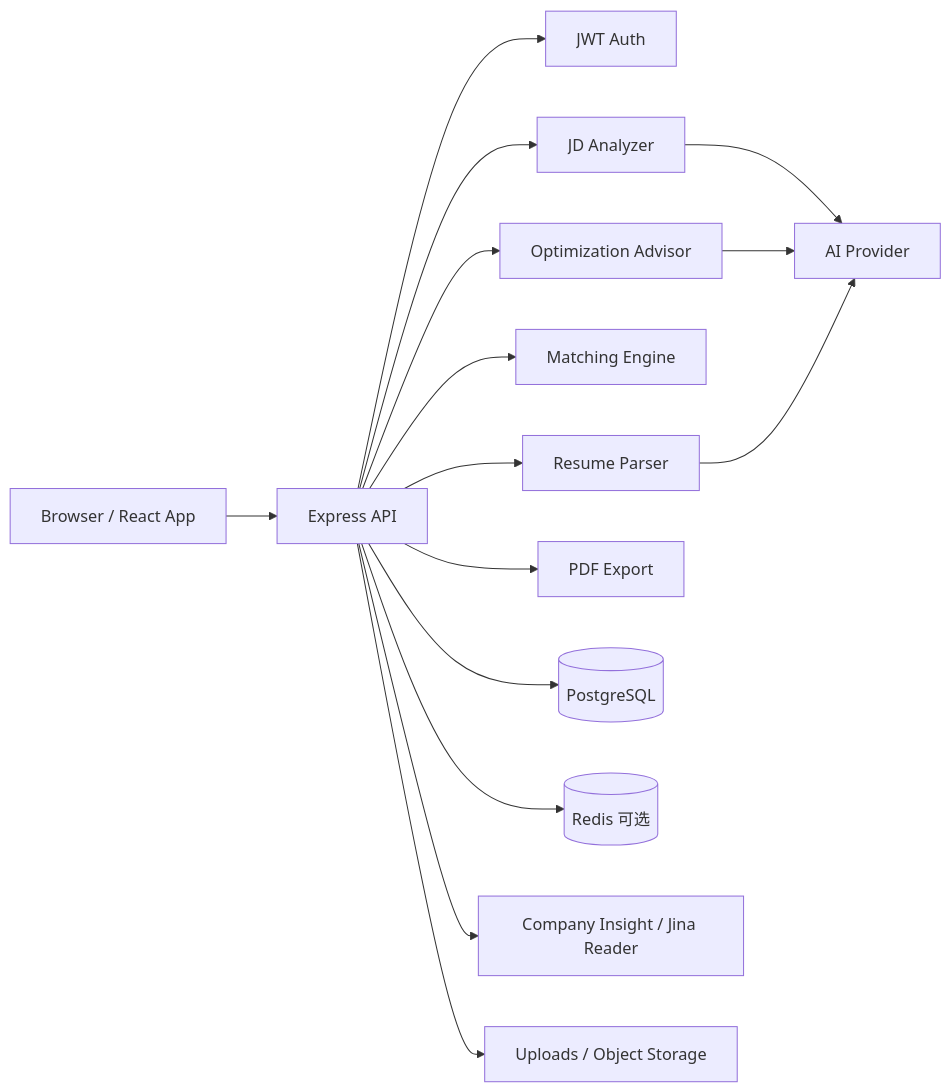
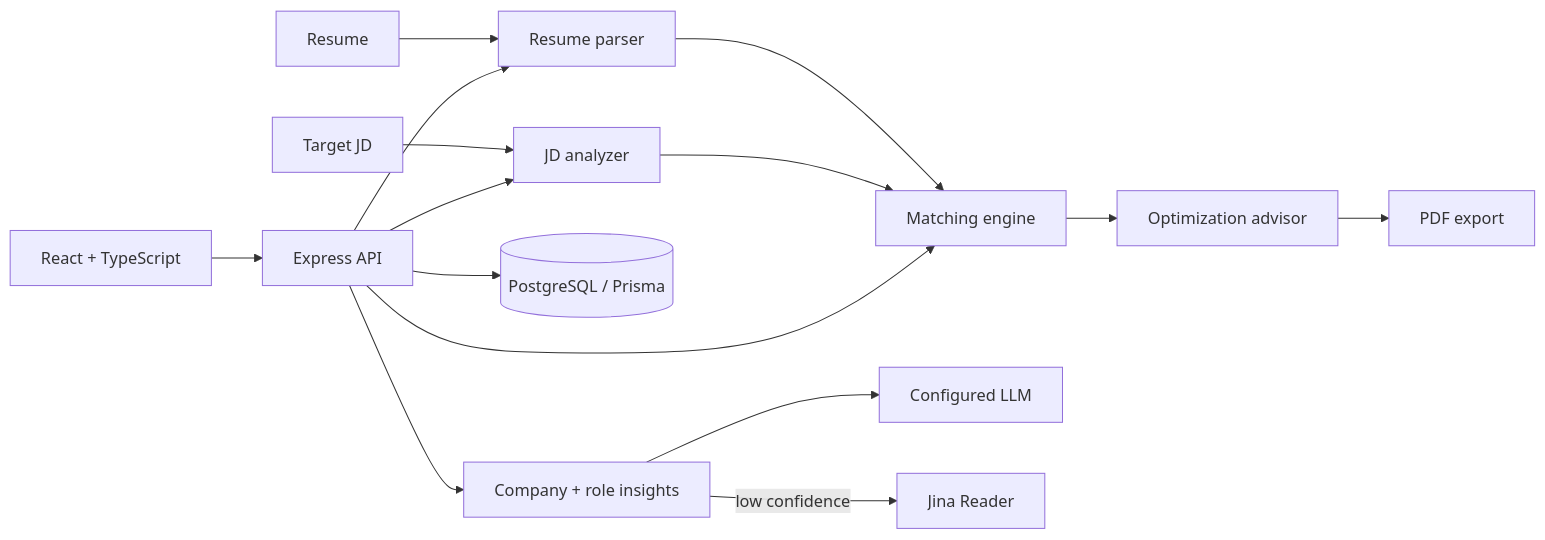
The diagram in README.md (uuoov/resume-coach-platform), drawn with Mermaid before and after one commit. The commit also changed other lines of this file and 2 other files, not shown here.

````diff
--- a/README.md
+++ b/README.md
@@ -52,17 +19,16 @@
 ```mermaid
 flowchart LR
-  Browser["Browser / React App"] --> API["Express API"]
-  API --> Auth["JWT Auth"]
-  API --> Parser["Resume Parser"]
-  API --> Analyzer["JD Analyzer"]
-  API --> Matcher["Matching Engine"]
-  API --> Optimizer["Optimization Advisor"]
-  API --> PDF["PDF Export"]
-  API --> DB[("PostgreSQL")]
-  API --> Redis[("Redis 可选")]
-  API --> Insight["Company Insight / Jina Reader"]
-  API --> Files["Uploads / Object Storage"]
-  Analyzer --> AI["AI Provider"]
-  Optimizer --> AI
-  Parser --> AI
+  Resume["Resume"] --> Parser["Resume parser"]
+  JD["Target JD"] --> Analyzer["JD analyzer"]
+  Parser --> Matcher["Matching engine"]
+  Analyzer --> Matcher
+  Matcher --> Advice["Optimization advisor"] --> PDF["PDF export"]
+  Browser["React + TypeScript"] --> API["Express API"]
+  API --> Parser
+  API --> Analyzer
+  API --> Matcher
+  API --> DB[("PostgreSQL / Prisma")]
+  API --> Insight["Company + role insights"]
+  Insight --> LLM["Configured LLM"]
+  Insight -->|low confidence| Jina["Jina Reader"]
 ```
````
